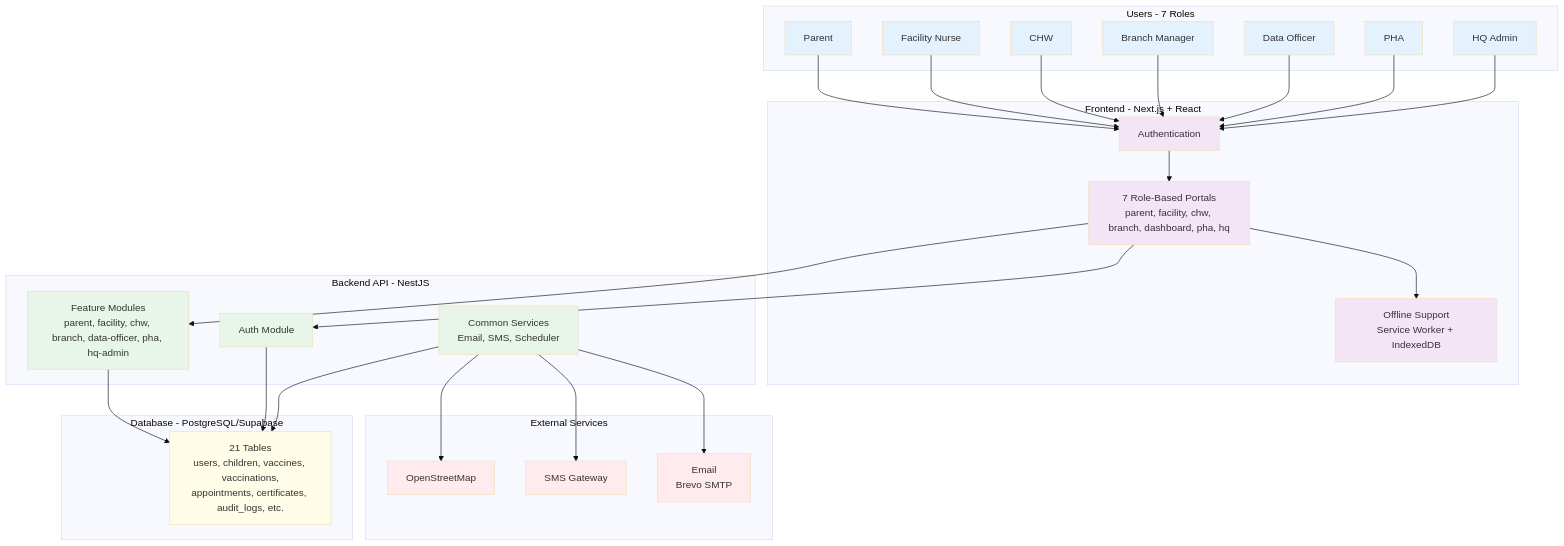
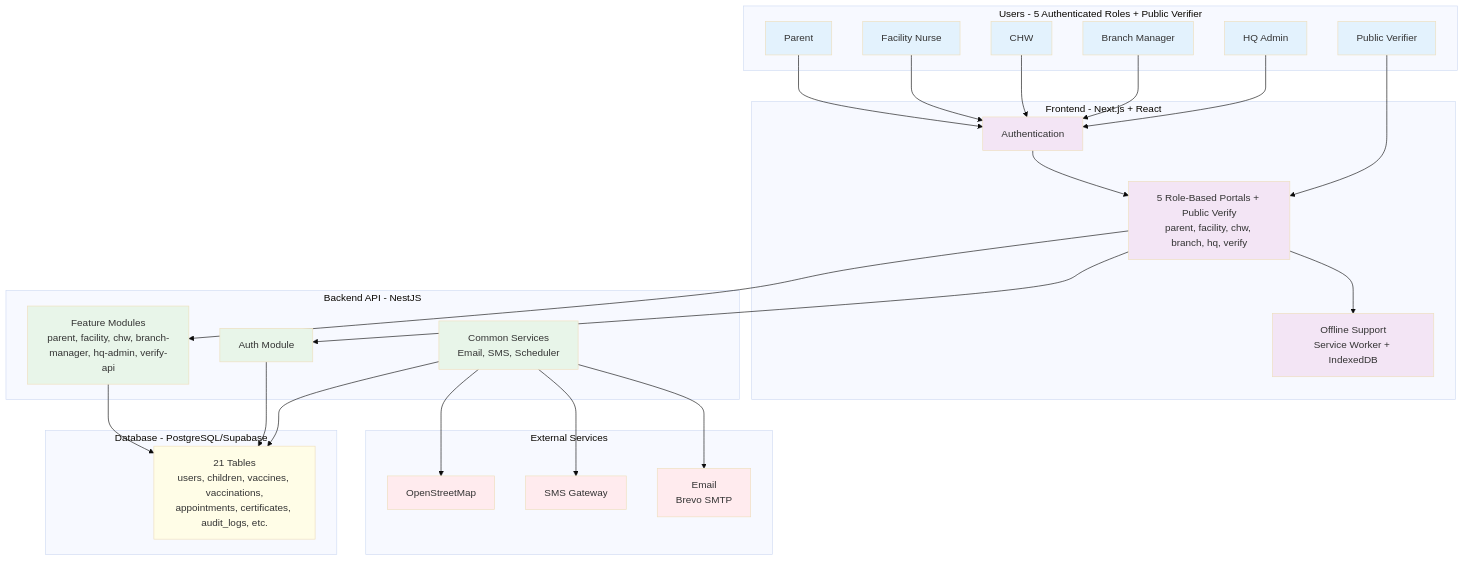
The first of 21 diagrams in docs/CHAPTER_4_DIAGRAMS.md (Juny-max/child-vaccination-system), drawn with Mermaid (base theme) before and after one commit. The commit also changed other lines of this file and 1 other file, not shown here.

First line of the commit message:
docs: update role references from 7 to 5 active roles

````diff
--- a/docs/CHAPTER_4_DIAGRAMS.md
+++ b/docs/CHAPTER_4_DIAGRAMS.md
@@ -66,68 +64,66 @@
 ```mermaid
 graph TB
-    subgraph Users["Users - 7 Roles"]
+    subgraph Users["Users - 5 Authenticated Roles + Public Verifier"]
         U1["Parent"]
         U2["Facility Nurse"]
         U3["CHW"]
         U4["Branch Manager"]
-        U5["Data Officer"]
-        U6["PHA"]
-        U7["HQ Admin"]
+        U5["HQ Admin"]
+        U6["Public Verifier"]
     end
 
     subgraph Frontend["Frontend - Next.js + React"]
         Auth["Authentication"]
-        Portals["7 Role-Based Portals<br/>parent, facility, chw, branch, dashboard, pha, hq"]
+        Portals["5 Role-Based Portals + Public Verify<br/>parent, facility, chw, branch, hq, verify"]
         PWA["Offline Support<br/>Service Worker + IndexedDB"]
     end
 
     subgraph Backend["Backend API - NestJS"]
         AuthAPI["Auth Module"]
-        Modules["Feature Modules<br/>parent, facility, chw, branch, data-officer, pha, hq-admin"]
+        Modules["Feature Modules<br/>parent, facility, chw, branch-manager, hq-admin, verify-api"]
         Services["Common Services<br/>Email, SMS, Scheduler"]
     end
 
     subgraph Database["Database - PostgreSQL/Supabase"]
         Tables["21 Tables<br/>users, children, vaccines, vaccinations,<br/>appointments, certificates, audit_logs, etc."]
     end
 
     subgraph External["External Services"]
         Email["Email<br/>Brevo SMTP"]
         SMS["SMS Gateway"]
         Maps["OpenStreetMap"]
     end
 
     U1 --> Auth
     U2 --> Auth
     U3 --> Auth
     U4 --> Auth
     U5 --> Auth
-    U6 --> Auth
-    U7 --> Auth
+    U6 --> Portals
 
     Auth --> Portals
     Portals --> PWA
 
     Portals --> AuthAPI
     Portals --> Modules
 
     AuthAPI --> Tables
     Modules --> Tables
 
     Services --> Email
     Services --> SMS
     Services --> Maps
     Services --> Tables
 
     classDef userStyle fill:#e3f2fd
     classDef frontendStyle fill:#f3e5f5
     classDef backendStyle fill:#e8f5e9
     classDef dbStyle fill:#fffde7
     classDef extStyle fill:#ffebee
 
-    class U1,U2,U3,U4,U5,U6,U7 userStyle
+    class U1,U2,U3,U4,U5,U6 userStyle
     class Auth,Portals,PWA frontendStyle
     class AuthAPI,Modules,Services backendStyle
     class Tables dbStyle
     class Email,SMS,Maps extStyle
 ```
````
